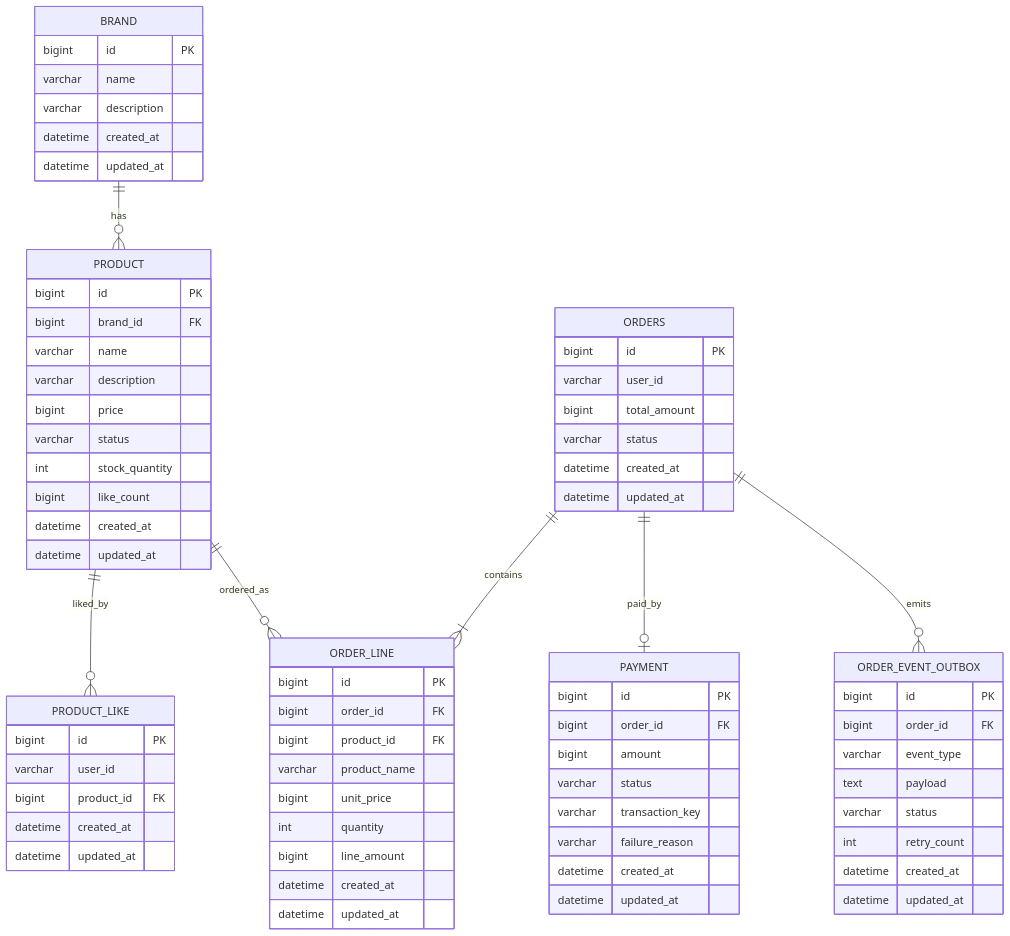
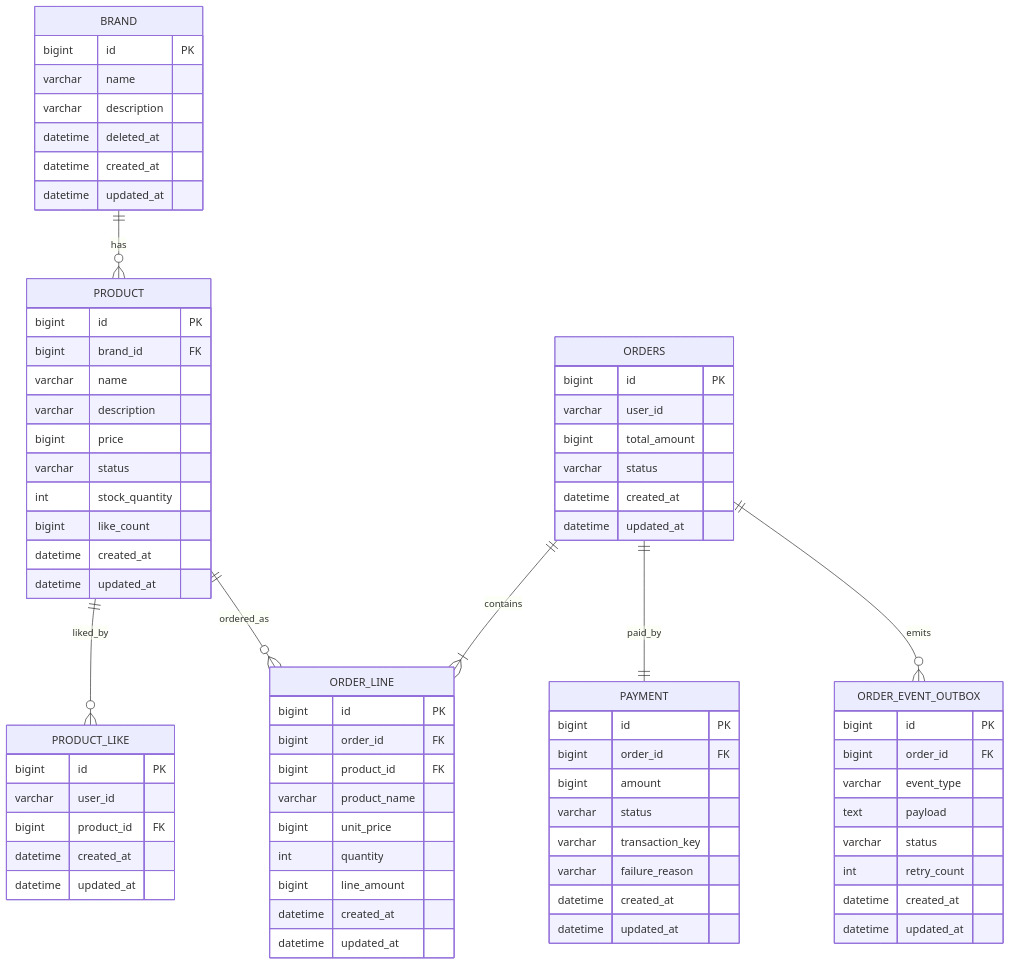
Before and after one commit to loopers-labs/loop-pack-be-l2-vol4-java: the diagram in .docs/design/04-erd.md, drawn with Mermaid. The commit also changed other lines of this file and 3 other files, not shown here.

````diff
--- a/.docs/design/04-erd.md
+++ b/.docs/design/04-erd.md
@@ -15,81 +15,82 @@
 ```mermaid
 erDiagram
     BRAND ||--o{ PRODUCT : has
     PRODUCT ||--o{ PRODUCT_LIKE : liked_by
     ORDERS ||--|{ ORDER_LINE : contains
     PRODUCT ||--o{ ORDER_LINE : ordered_as
-    ORDERS ||--o| PAYMENT : paid_by
+    ORDERS ||--|| PAYMENT : paid_by
     ORDERS ||--o{ ORDER_EVENT_OUTBOX : emits
 
     BRAND {
         bigint id PK
         varchar name
         varchar description
+        datetime deleted_at
         datetime created_at
         datetime updated_at
     }
 
     PRODUCT {
         bigint id PK
         bigint brand_id FK
         varchar name
         varchar description
         bigint price
         varchar status
         int stock_quantity
         bigint like_count
         datetime created_at
         datetime updated_at
     }
 
     PRODUCT_LIKE {
         bigint id PK
         varchar user_id
         bigint product_id FK
         datetime created_at
         datetime updated_at
     }
 
     ORDERS {
         bigint id PK
         varchar user_id
         bigint total_amount
         varchar status
         datetime created_at
         datetime updated_at
     }
 
     ORDER_LINE {
         bigint id PK
         bigint order_id FK
         bigint product_id FK
         varchar product_name
         bigint unit_price
         int quantity
         bigint line_amount
         datetime created_at
         datetime updated_at
     }
 
     PAYMENT {
         bigint id PK
         bigint order_id FK
         bigint amount
         varchar status
         varchar transaction_key
         varchar failure_reason
         datetime created_at
         datetime updated_at
     }
 
     ORDER_EVENT_OUTBOX {
         bigint id PK
         bigint order_id FK
         varchar event_type
         text payload
         varchar status
         int retry_count
         datetime created_at
         datetime updated_at
     }
 ```
````
